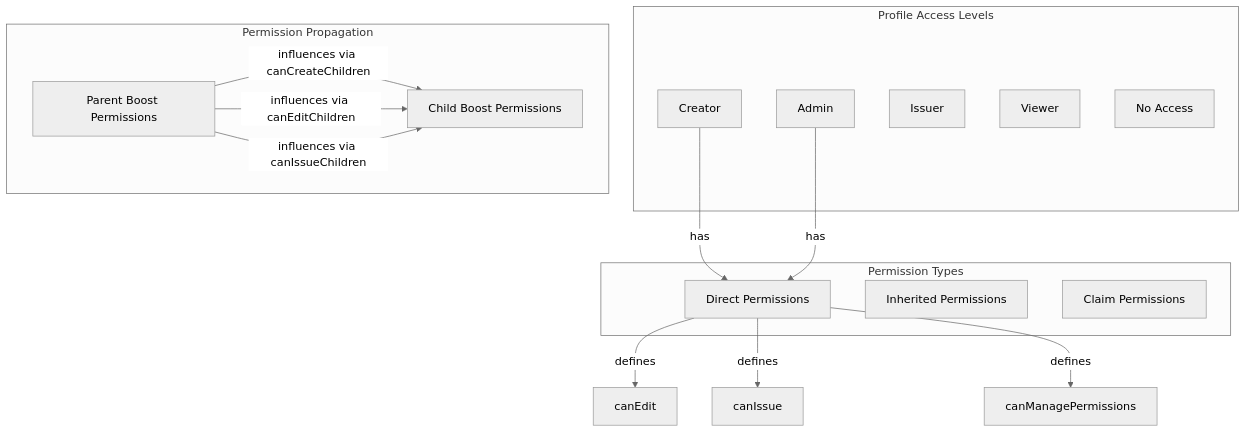
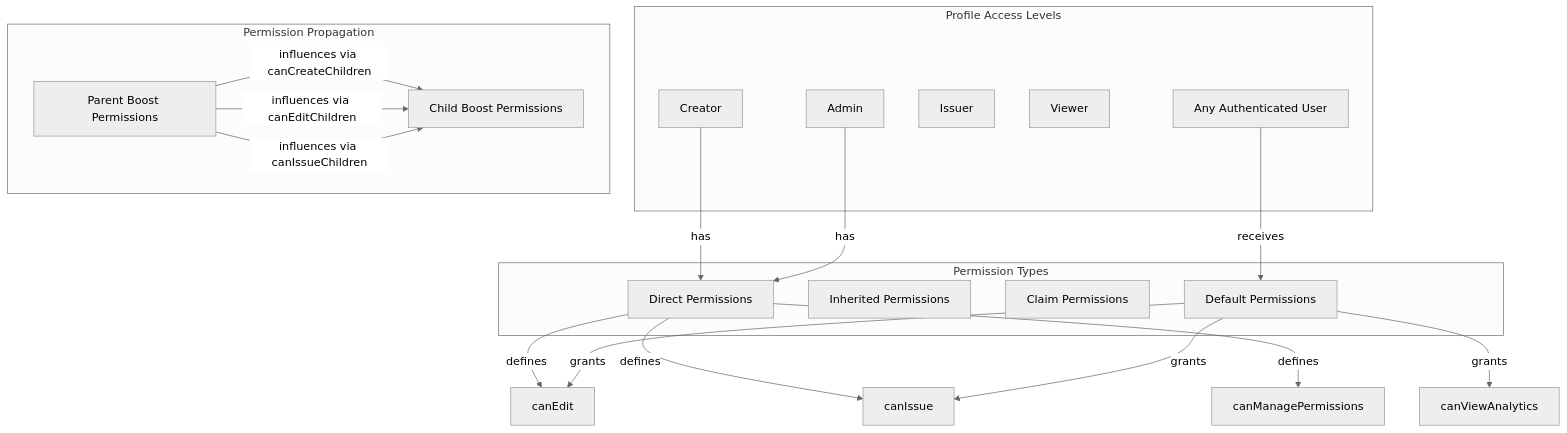
The fourth of 4 diagrams in docs/core-concepts/credentials-and-data/boost-credentials.md (learningeconomy/LearnCard), drawn with Mermaid (neutral theme) before and after one commit. The commit also changed other lines of this file and 1 other file, not shown here.

````diff
--- a/docs/core-concepts/credentials-and-data/boost-credentials.md
+++ b/docs/core-concepts/credentials-and-data/boost-credentials.md
@@ -232,32 +233,37 @@
 ```mermaid
 graph TD
     subgraph "Profile Access Levels"
         creator["Creator"]
         admin["Admin"]
         issuer["Issuer"]
         viewer["Viewer"]
-        none["No Access"]
+        anyUser["Any Authenticated User"]
     end
 
     subgraph "Permission Types"
         direct["Direct Permissions"]
         inherited["Inherited Permissions"]
         claim["Claim Permissions"]
+        default["Default Permissions"]
     end
 
     creator -->|"has"| direct
     admin -->|"has"| direct
+    anyUser -->|"receives"| default
 
     direct -->|"defines"| canEdit
     direct -->|"defines"| canIssue
     direct -->|"defines"| canManagePermissions
+    default -->|"grants"| canIssue
+    default -->|"grants"| canEdit
+    default -->|"grants"| canViewAnalytics
 
     subgraph "Permission Propagation"
         parent["Parent Boost Permissions"]
         child["Child Boost Permissions"]
     end
 
     parent -->|"influences via canCreateChildren"| child
     parent -->|"influences via canEditChildren"| child
     parent -->|"influences via canIssueChildren"| child
 ```
````
